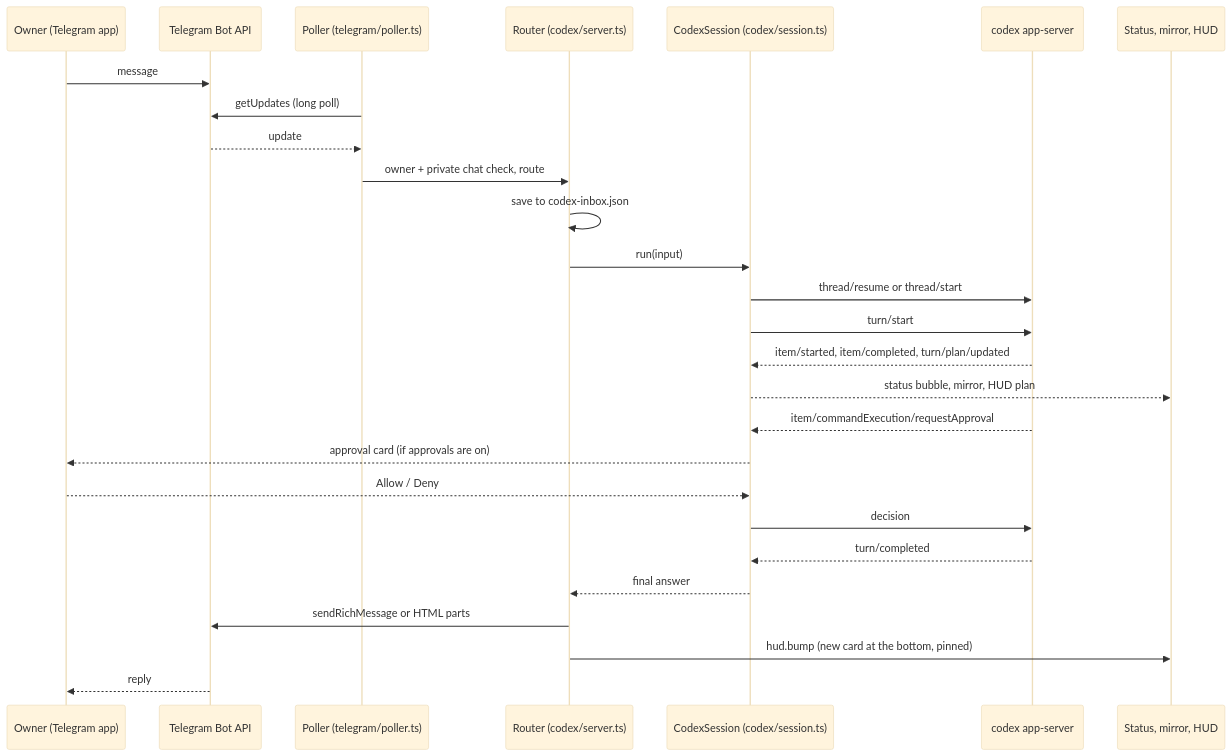
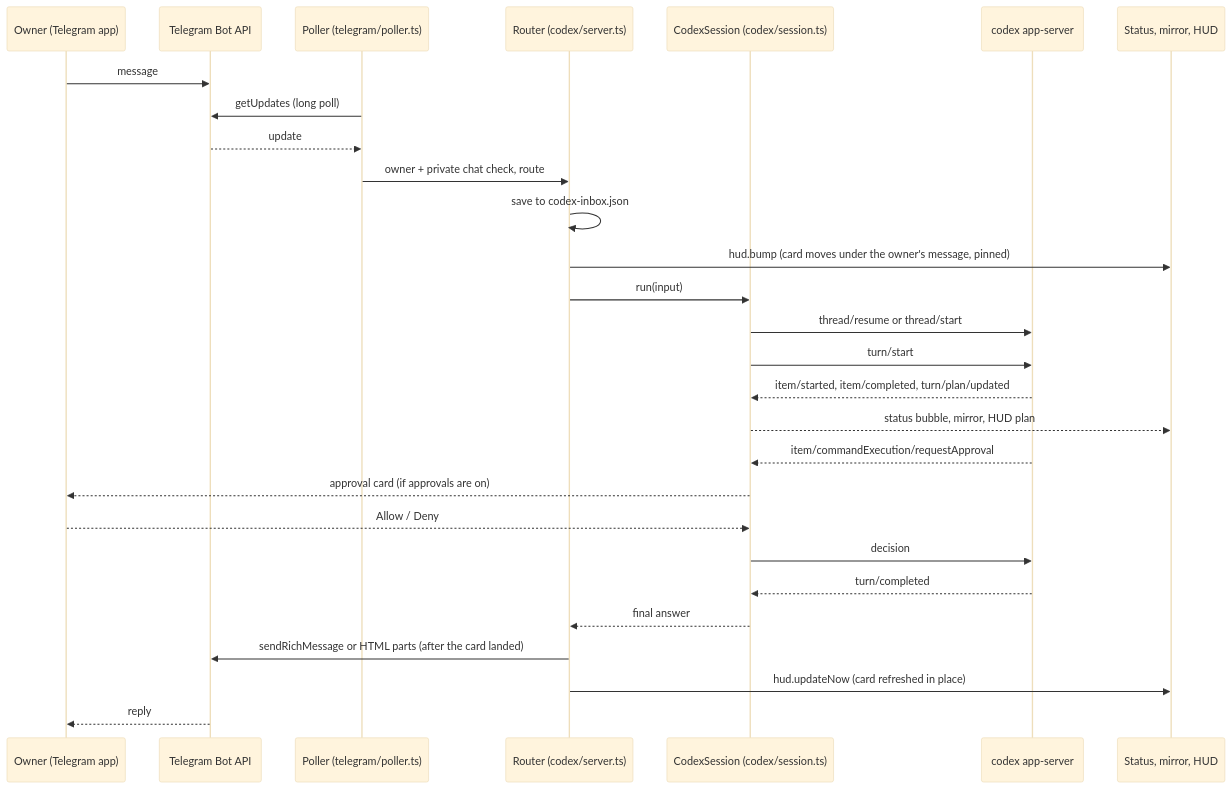
One commit to qwwiwi/codex-cli-telegram-plugin changed the diagram in docs/ARCHITECTURE.md. Above: the diagram before and after it, drawn with Mermaid (base theme). The commit also changed other lines of this file and 132 other files, not shown here.

````diff
--- a/docs/ARCHITECTURE.md
+++ b/docs/ARCHITECTURE.md
@@ -205,29 +219,30 @@
 ```mermaid
 sequenceDiagram
     participant U as Owner (Telegram app)
     participant T as Telegram Bot API
     participant P as Poller (telegram/poller.ts)
     participant S as Router (codex/server.ts)
     participant C as CodexSession (codex/session.ts)
     participant A as codex app-server
     participant W as Status, mirror, HUD
     U->>T: message
     P->>T: getUpdates (long poll)
     T-->>P: update
     P->>S: owner + private chat check, route
     S->>S: save to codex-inbox.json
+    S->>W: hud.bump (card moves under the owner's message, pinned)
     S->>C: run(input)
     C->>A: thread/resume or thread/start
     C->>A: turn/start
     A-->>C: item/started, item/completed, turn/plan/updated
     C-->>W: status bubble, mirror, HUD plan
     A-->>C: item/commandExecution/requestApproval
     C-->>U: approval card (if approvals are on)
     U-->>C: Allow / Deny
     C->>A: decision
     A-->>C: turn/completed
     C-->>S: final answer
-    S->>T: sendRichMessage or HTML parts
-    S->>W: hud.bump (new card at the bottom, pinned)
+    S->>T: sendRichMessage or HTML parts (after the card landed)
+    S->>W: hud.updateNow (card refreshed in place)
     T-->>U: reply
 ```
````
